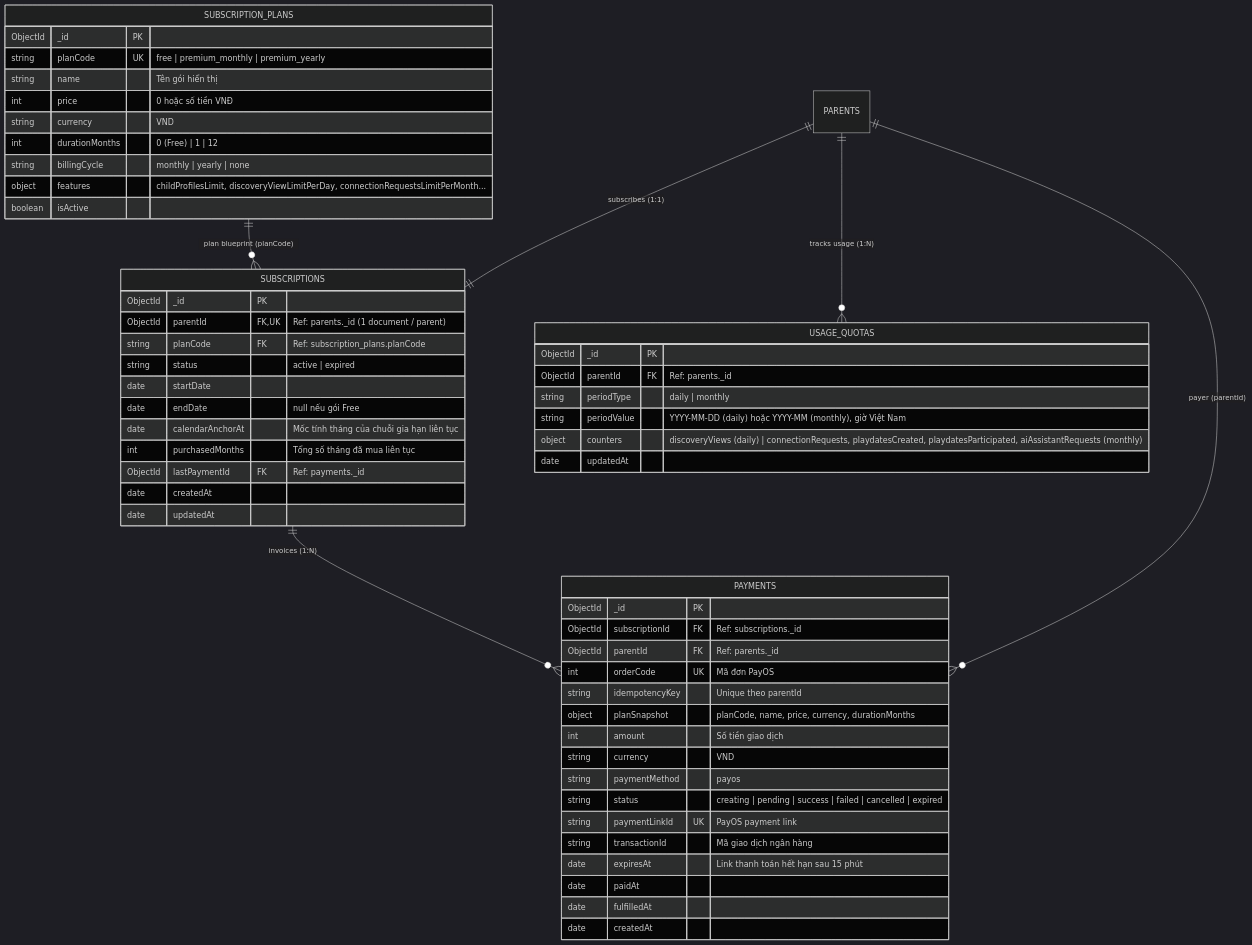
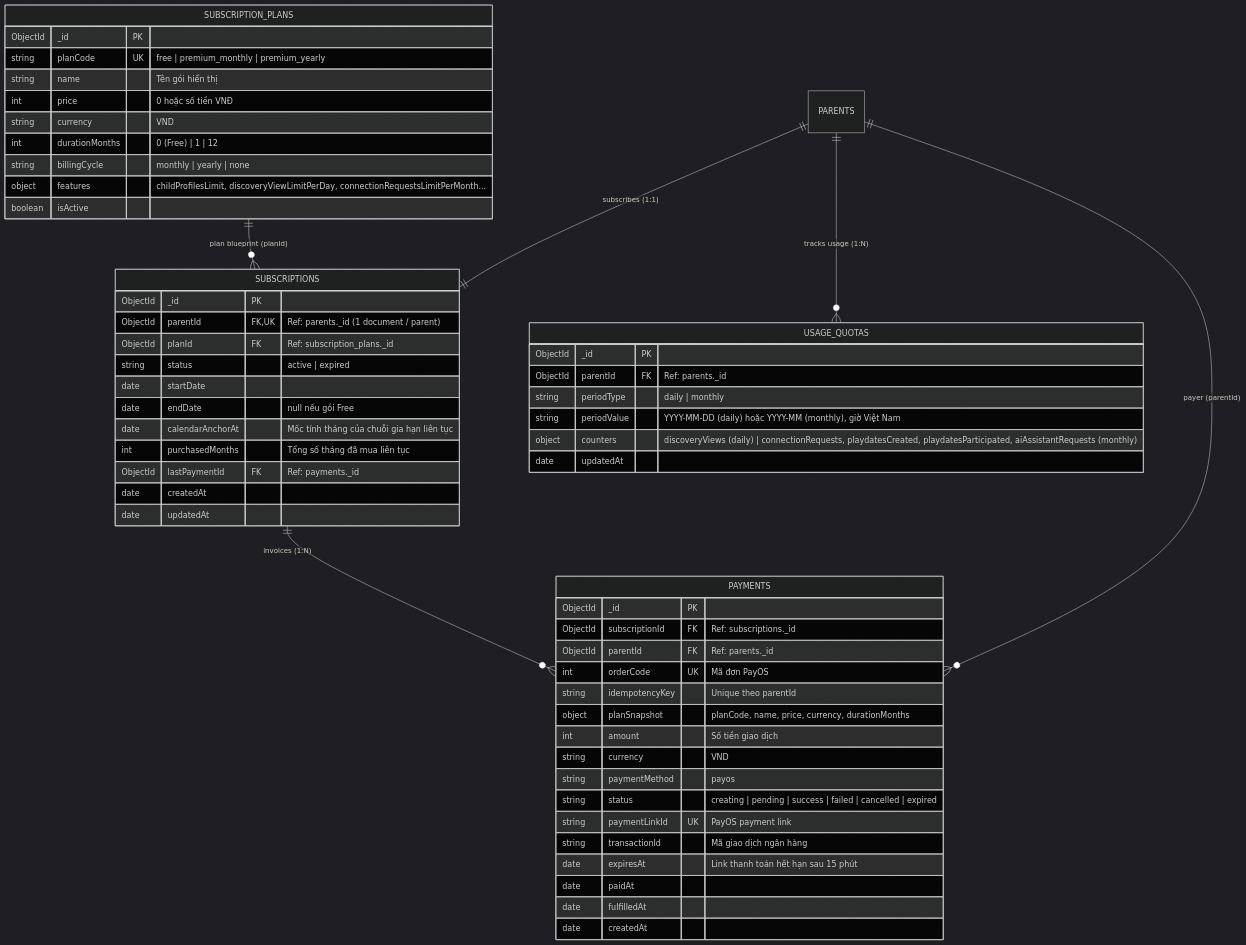
Before and after one commit to BuddyLink-Team/Back-End: the seventh of 8 diagrams in docs/DATABASE_SCHEMA.md, drawn with Mermaid (dark theme). The commit also changed other lines of this file and 33 other files, not shown here.

First line of the commit message:
fix(playdate): booking window, family schedule gap, upcoming tab; subscription planId

````diff
--- a/docs/DATABASE_SCHEMA.md
+++ b/docs/DATABASE_SCHEMA.md
@@ -480,62 +480,62 @@
 ```mermaid
 erDiagram
-    SUBSCRIPTION_PLANS ||--o{ SUBSCRIPTIONS : "plan blueprint (planCode)"
+    SUBSCRIPTION_PLANS ||--o{ SUBSCRIPTIONS : "plan blueprint (planId)"
     PARENTS ||--|| SUBSCRIPTIONS : "subscribes (1:1)"
     SUBSCRIPTIONS ||--o{ PAYMENTS : "invoices (1:N)"
     PARENTS ||--o{ PAYMENTS : "payer (parentId)"
     PARENTS ||--o{ USAGE_QUOTAS : "tracks usage (1:N)"
 
     SUBSCRIPTION_PLANS {
         ObjectId _id PK
         string planCode UK "free | premium_monthly | premium_yearly"
         string name "Tên gói hiển thị"
         int price "0 hoặc số tiền VNĐ"
         string currency "VND"
         int durationMonths "0 (Free) | 1 | 12"
         string billingCycle "monthly | yearly | none"
         object features "childProfilesLimit, discoveryViewLimitPerDay, connectionRequestsLimitPerMonth..."
         boolean isActive
     }
 
     SUBSCRIPTIONS {
         ObjectId _id PK
         ObjectId parentId FK,UK "Ref: parents._id (1 document / parent)"
-        string planCode FK "Ref: subscription_plans.planCode"
+        ObjectId planId FK "Ref: subscription_plans._id"
         string status "active | expired"
         date startDate
         date endDate "null nếu gói Free"
         date calendarAnchorAt "Mốc tính tháng của chuỗi gia hạn liên tục"
         int purchasedMonths "Tổng số tháng đã mua liên tục"
         ObjectId lastPaymentId FK "Ref: payments._id"
         date createdAt
         date updatedAt
     }
 
     PAYMENTS {
         ObjectId _id PK
         ObjectId subscriptionId FK "Ref: subscriptions._id"
         ObjectId parentId FK "Ref: parents._id"
         int orderCode UK "Mã đơn PayOS"
         string idempotencyKey "Unique theo parentId"
         object planSnapshot "planCode, name, price, currency, durationMonths"
         int amount "Số tiền giao dịch"
         string currency "VND"
         string paymentMethod "payos"
         string status "creating | pending | success | failed | cancelled | expired"
         string paymentLinkId UK "PayOS payment link"
         string transactionId "Mã giao dịch ngân hàng"
         date expiresAt "Link thanh toán hết hạn sau 15 phút"
         date paidAt
         date fulfilledAt
         date createdAt
     }
 
     USAGE_QUOTAS {
         ObjectId _id PK
         ObjectId parentId FK "Ref: parents._id"
         string periodType "daily | monthly"
         string periodValue "YYYY-MM-DD (daily) hoặc YYYY-MM (monthly), giờ Việt Nam"
         object counters "discoveryViews (daily) | connectionRequests, playdatesCreated, playdatesParticipated, aiAssistantRequests (monthly)"
         date updatedAt
     }
 ```
````
